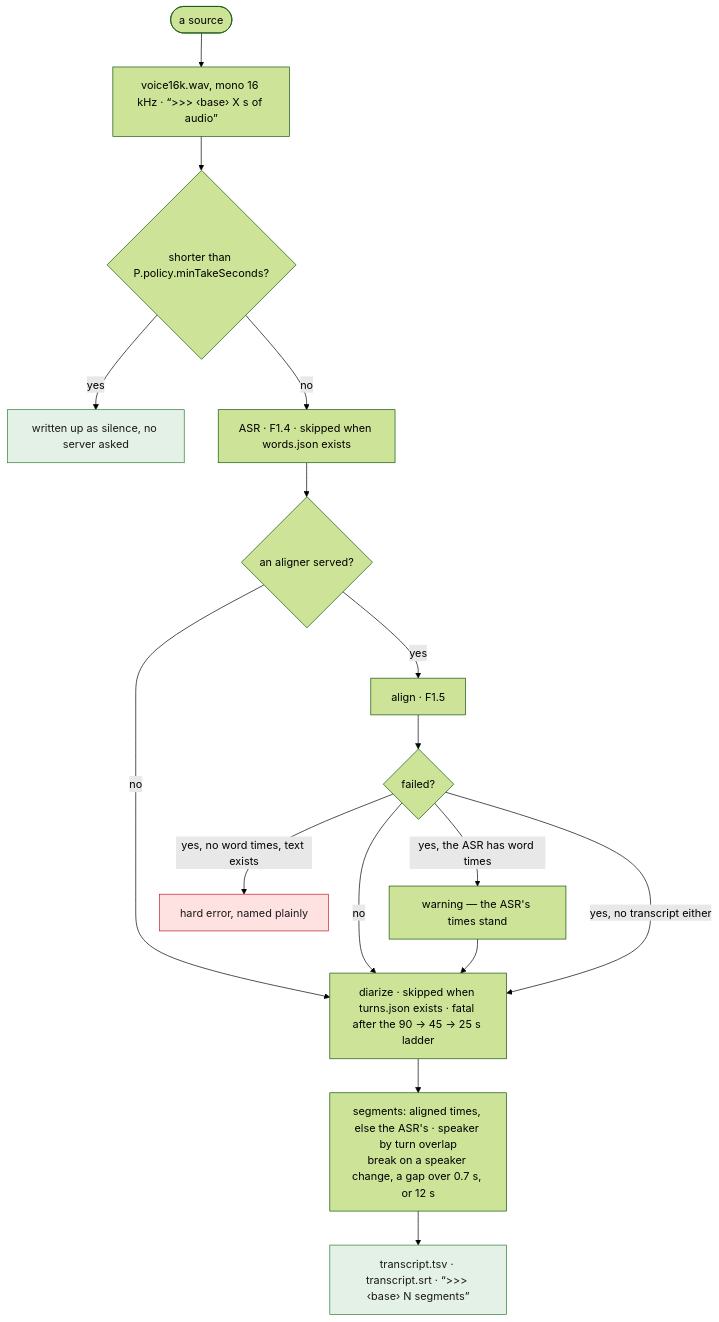
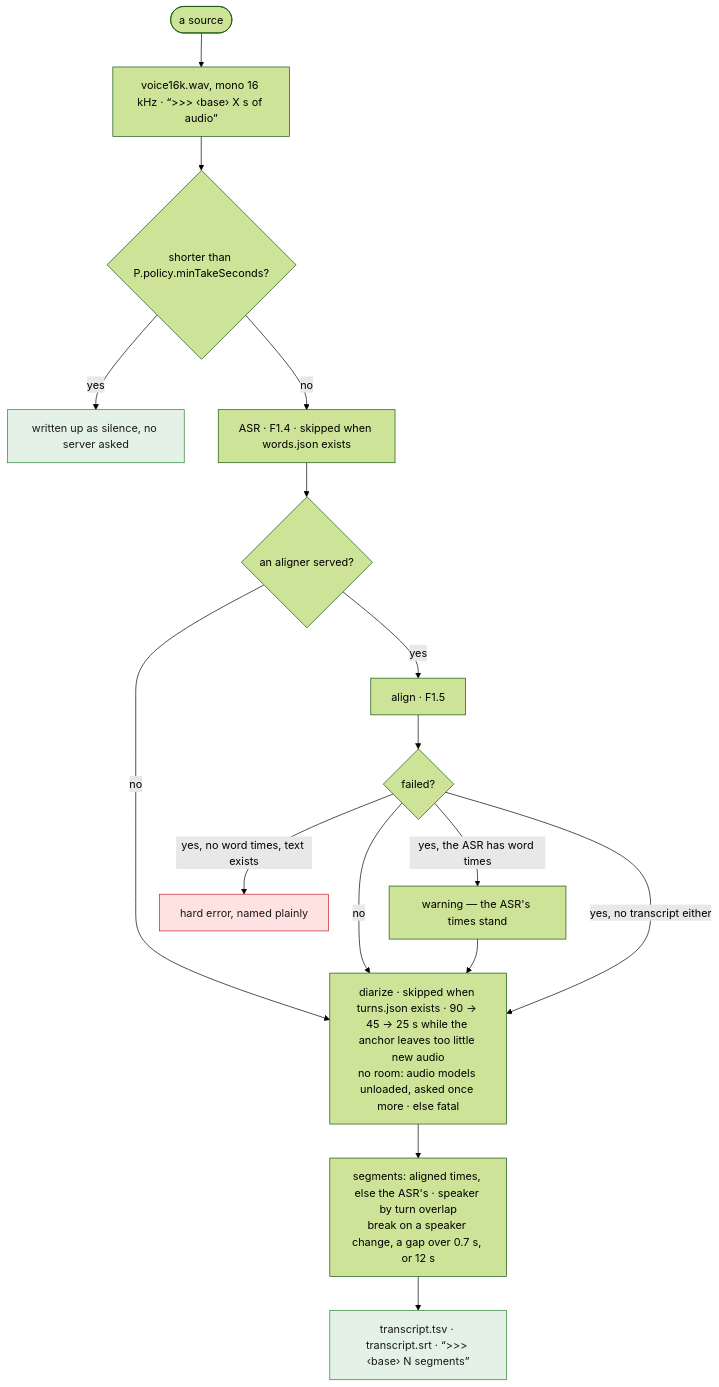
Before and after one commit to tbocek/naivepost: the third of 12 diagrams in spec/04-prepare.md, drawn with Mermaid (forest theme). The commit also changed other lines of this file and 19 other files, not shown here.

````diff
--- a/spec/04-prepare.md
+++ b/spec/04-prepare.md
@@ -90,21 +90,21 @@
 ```mermaid
 flowchart TD
   A(["a source"]) --> W["voice16k.wav, mono 16 kHz · “>>> ‹base› X s of audio”"]
   W --> SH{"shorter than P.policy.minTakeSeconds?"}
   SH -- yes --> SIL["written up as silence, no server asked"]:::done
   SH -- no --> ASR["ASR · F1.4 · skipped when words.json exists"]
   ASR --> AL{"an aligner served?"}
   AL -- yes --> ALN["align · F1.5"]
   AL -- no --> DI
   ALN --> AF{"failed?"}
   AF -- "no" --> DI
   AF -- "yes, the ASR has word times" --> WARN["warning — the ASR's times stand"] --> DI
   AF -- "yes, no word times, text exists" --> HARD["hard error, named plainly"]:::refuse
   AF -- "yes, no transcript either" --> DI
-  DI["diarize · skipped when turns.json exists · fatal after the 90 → 45 → 25 s ladder"]
+  DI["diarize · skipped when turns.json exists · 90 → 45 → 25 s while the anchor leaves too little new audio<br/>no room: audio models unloaded, asked once more · else fatal"]
   DI --> SEG["segments: aligned times, else the ASR's · speaker by turn overlap<br/>break on a speaker change, a gap over 0.7 s, or 12 s"]
   SEG --> OUT["transcript.tsv · transcript.srt · “>>> ‹base› N segments”"]:::done
   classDef refuse fill:#fde2e1,stroke:#c01c28,color:#1a1a1a
   classDef done fill:#e3f1e6,stroke:#2e7d32,color:#1a1a1a
   classDef ask fill:#e8eefc,stroke:#3a63c8,color:#1a1a1a
 ```
````
